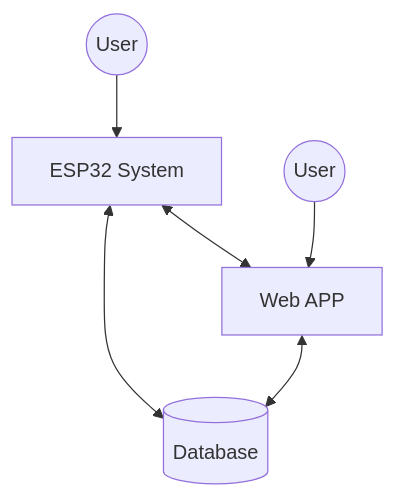
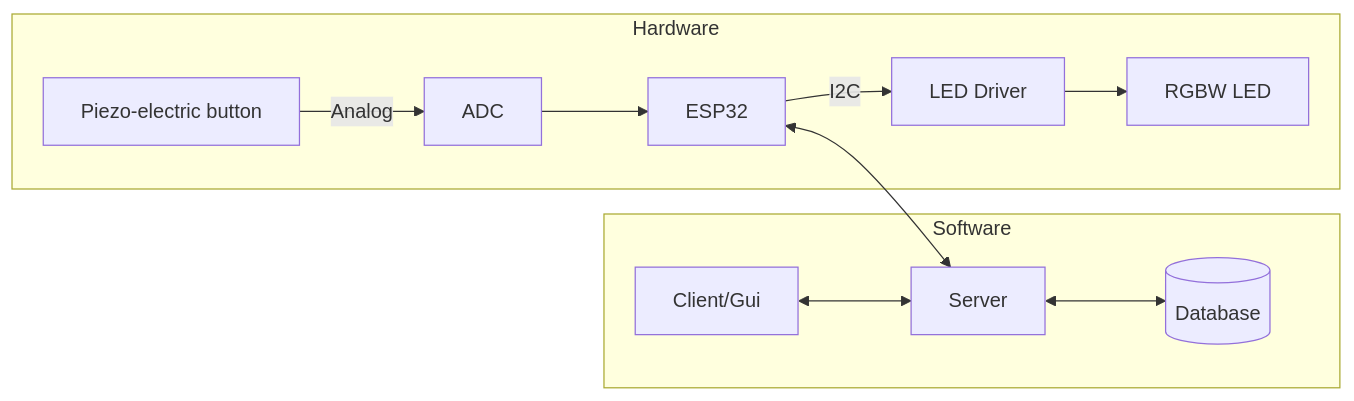
Before and after one commit to BrycesDevices/7855_202610_03: the second of 2 diagrams in README.md, drawn with Mermaid. The commit also changed other lines of this file, not shown here.

Commit message:
Updated Charts

````diff
--- a/README.md
+++ b/README.md
@@ -29,9 +30,24 @@
 ```mermaid 
-graph TD
-    User1((User)) --> ESP[ESP32 System]
-    User2((User)) --> W_APP[Web APP]
-    
-    ESP <--> DB[(Database)]
-    W_APP <--> DB
-    ESP <--> W_APP
+graph LR
+    subgraph Hardware
+        P[Piezo-electric button] -- Analog --> ADC[ADC]
+        ADC --> ESP[ESP32]
+        ESP -- I2C --> LED_D[LED Driver]
+        LED_D --> RGBW[RGBW LED]
+    end
+
+    subgraph Software
+        W_APP_CLIENT[Client/Gui]
+        W_APP_SERVER[Server]
+        DB[(Database)]
+        
+
+
+    end
+
+ 
+    %% Communication Flows
+    W_APP_CLIENT <--> W_APP_SERVER
+    ESP <--> W_APP_SERVER
+    W_APP_SERVER <--> DB
 ```
````
